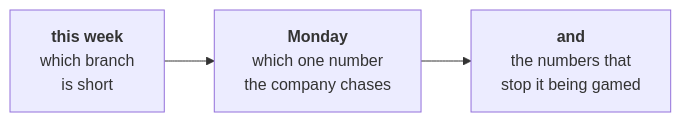
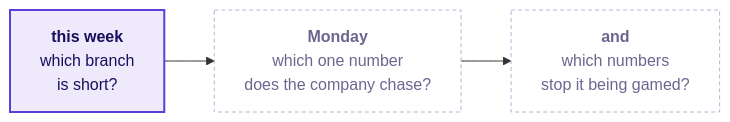
Before and after one commit to fde-academy-lab/c2-content-factory: the fourth of 4 diagrams in content/W03/SAT/slides/C2_W03_SAT_week_close_STUDENT.md, drawn with Mermaid. The commit also changed other lines of this file and 4 other files, not shown here.

````diff
--- a/content/W03/SAT/slides/C2_W03_SAT_week_close_STUDENT.md
+++ b/content/W03/SAT/slides/C2_W03_SAT_week_close_STUDENT.md
@@ -145,4 +285,8 @@
 ```mermaid
 flowchart LR
-    A["<b>this week</b><br/>which branch<br/>is short"] --> B["<b>Monday</b><br/>which one number<br/>the company chases"] --> C["<b>and</b><br/>the numbers that<br/>stop it being gamed"]
+    A["<b>this week</b><br/>which branch<br/>is short?"] --> B["<b>Monday</b><br/>which one number<br/>does the company chase?"] --> C["<b>and</b><br/>which numbers<br/>stop it being gamed?"]
+    classDef known fill:#EEEAFB,stroke:#5B3FD6,color:#1A0F5C,stroke-width:2px
+    classDef unknown fill:#FFFFFF,stroke:#B8B2D6,color:#6B6690,stroke-dasharray:4 3
+    class A known
+    class B,C unknown
 ```
````
